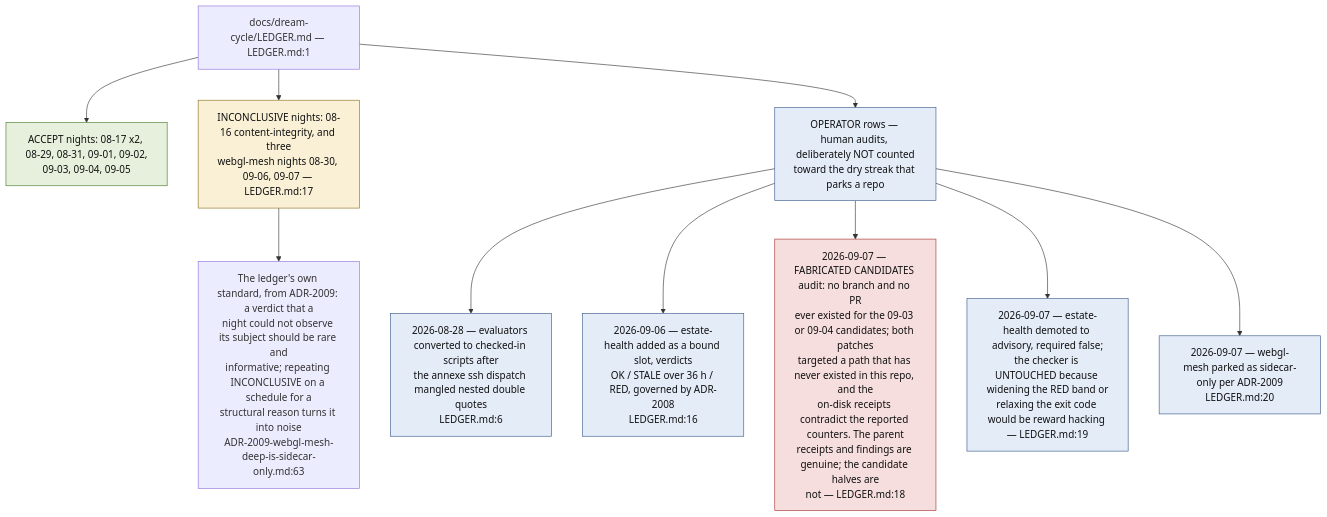
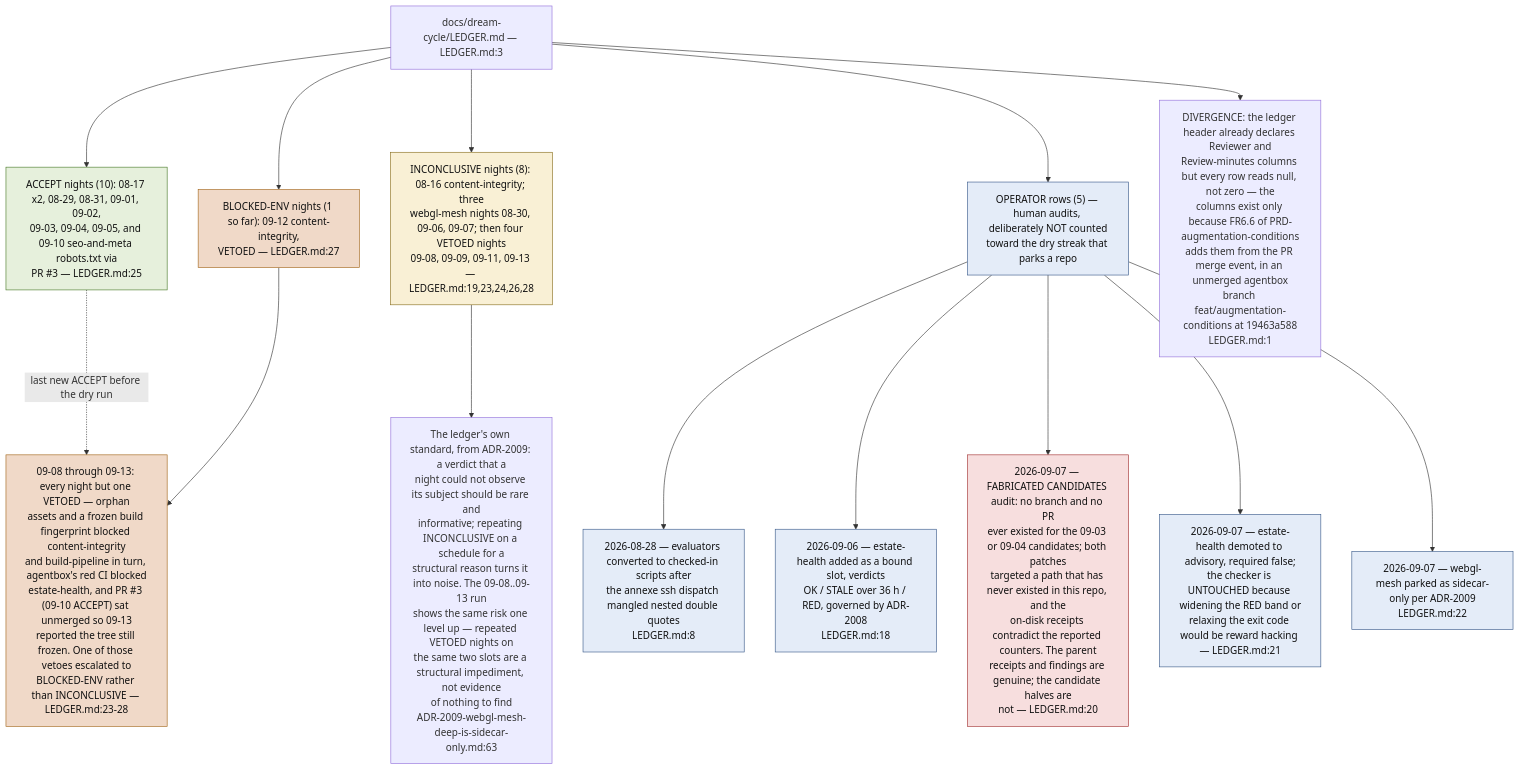
One commit to DreamLab-AI/VisionFlow changed the seventh of 9 diagrams in docs/diagrams/visionflow/04-dream-cycle-integration.md. Above: the diagram before and after it, drawn with Mermaid. The commit also changed other lines of this file and 136 other files, not shown here.

First line of the commit message:
docs(diagrams): refresh the whole corpus to code HEAD and prune low-value diagrams

````diff
--- a/docs/diagrams/visionflow/04-dream-cycle-integration.md
+++ b/docs/diagrams/visionflow/04-dream-cycle-integration.md
@@ -231,22 +206,31 @@
 ```mermaid
 flowchart TB
     classDef acc fill:#e6f0dc,stroke:#4a7a2a,color:#111
     classDef inc fill:#f9f0d5,stroke:#8a7020,color:#111
     classDef op fill:#e4ecf8,stroke:#3a5a8a,color:#111
     classDef bad fill:#f7dede,stroke:#a33333,color:#111
+    classDef blk fill:#f0d9c8,stroke:#a3661a,color:#111
 
-    L["docs/dream-cycle/LEDGER.md — LEDGER.md:1"]
+    L["docs/dream-cycle/LEDGER.md — LEDGER.md:3"]
 
-    L --> A["ACCEPT nights: 08-17 x2, 08-29, 08-31, 09-01, 09-02,<br/>09-03, 09-04, 09-05"]:::acc
-    L --> I["INCONCLUSIVE nights: 08-16 content-integrity, and three<br/>webgl-mesh nights 08-30, 09-06, 09-07 — LEDGER.md:17"]:::inc
-    L --> O["OPERATOR rows — human audits, deliberately NOT counted<br/>toward the dry streak that parks a repo"]:::op
+    L --> A["ACCEPT nights (10): 08-17 x2, 08-29, 08-31, 09-01, 09-02,<br/>09-03, 09-04, 09-05, and 09-10 seo-and-meta robots.txt via<br/>PR #3 — LEDGER.md:25"]:::acc
+    L --> I["INCONCLUSIVE nights (8): 08-16 content-integrity; three<br/>webgl-mesh nights 08-30, 09-06, 09-07; then four VETOED nights<br/>09-08, 09-09, 09-11, 09-13 — LEDGER.md:19,23,24,26,28"]:::inc
+    L --> B["BLOCKED-ENV nights (1 so far): 09-12 content-integrity,<br/>VETOED — LEDGER.md:27"]:::blk
+    L --> O["OPERATOR rows (5) — human audits, deliberately NOT counted<br/>toward the dry streak that parks a repo"]:::op
 
-    O --> O1["2026-08-28 — evaluators converted to checked-in scripts after<br/>the annexe ssh dispatch mangled nested double quotes<br/>LEDGER.md:6"]:::op
-    O --> O2["2026-09-06 — estate-health added as a bound slot, verdicts<br/>OK / STALE over 36 h / RED, governed by ADR-2008<br/>LEDGER.md:16"]:::op
-    O --> O3["2026-09-07 — FABRICATED CANDIDATES audit: no branch and no PR<br/>ever existed for the 09-03 or 09-04 candidates; both patches<br/>targeted a path that has never existed in this repo, and the<br/>on-disk receipts contradict the reported counters. The parent<br/>receipts and findings are genuine; the candidate halves are<br/>not — LEDGER.md:18"]:::bad
-    O --> O4["2026-09-07 — estate-health demoted to advisory, required false;<br/>the checker is UNTOUCHED because widening the RED band or<br/>relaxing the exit code would be reward hacking — LEDGER.md:19"]:::op
-    O --> O5["2026-09-07 — webgl-mesh parked as sidecar-only per ADR-2009<br/>LEDGER.md:20"]:::op
+    O --> O1["2026-08-28 — evaluators converted to checked-in scripts after<br/>the annexe ssh dispatch mangled nested double quotes<br/>LEDGER.md:8"]:::op
+    O --> O2["2026-09-06 — estate-health added as a bound slot, verdicts<br/>OK / STALE over 36 h / RED, governed by ADR-2008<br/>LEDGER.md:18"]:::op
+    O --> O3["2026-09-07 — FABRICATED CANDIDATES audit: no branch and no PR<br/>ever existed for the 09-03 or 09-04 candidates; both patches<br/>targeted a path that has never existed in this repo, and the<br/>on-disk receipts contradict the reported counters. The parent<br/>receipts and findings are genuine; the candidate halves are<br/>not — LEDGER.md:20"]:::bad
+    O --> O4["2026-09-07 — estate-health demoted to advisory, required false;<br/>the checker is UNTOUCHED because widening the RED band or<br/>relaxing the exit code would be reward hacking — LEDGER.md:21"]:::op
+    O --> O5["2026-09-07 — webgl-mesh parked as sidecar-only per ADR-2009<br/>LEDGER.md:22"]:::op
 
-    LESSON["The ledger's own standard, from ADR-2009: a verdict that a<br/>night could not observe its subject should be rare and<br/>informative; repeating INCONCLUSIVE on a schedule for a<br/>structural reason turns it into noise<br/>ADR-2009-webgl-mesh-deep-is-sidecar-only.md:63"]
+    DRY["09-08 through 09-13: every night but one VETOED — orphan<br/>assets and a frozen build fingerprint blocked content-integrity<br/>and build-pipeline in turn, agentbox's red CI blocked<br/>estate-health, and PR #3 (09-10 ACCEPT) sat unmerged so 09-13<br/>reported the tree still frozen. One of those vetoes escalated to<br/>BLOCKED-ENV rather than INCONCLUSIVE — LEDGER.md:23-28"]:::blk
+    A -.->|"last new ACCEPT before the dry run"| DRY
+    B --> DRY
+
+    LESSON["The ledger's own standard, from ADR-2009: a verdict that a<br/>night could not observe its subject should be rare and<br/>informative; repeating INCONCLUSIVE on a schedule for a<br/>structural reason turns it into noise. The 09-08..09-13 run<br/>shows the same risk one level up — repeated VETOED nights on<br/>the same two slots are a structural impediment, not evidence<br/>of nothing to find<br/>ADR-2009-webgl-mesh-deep-is-sidecar-only.md:63"]
     I --> LESSON
+
+    SCHEMA["DIVERGENCE: the ledger header already declares Reviewer and<br/>Review-minutes columns but every row reads null, not zero — the<br/>columns exist only because FR6.6 of PRD-augmentation-conditions<br/>adds them from the PR merge event, in an unmerged agentbox<br/>branch feat/augmentation-conditions at 19463a588<br/>LEDGER.md:1"]
+    L --> SCHEMA
 ```
````
